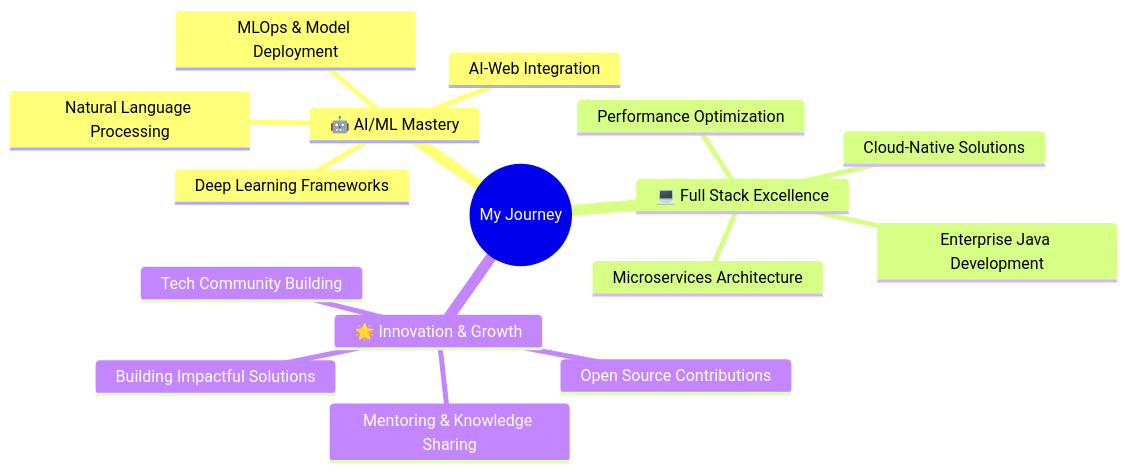
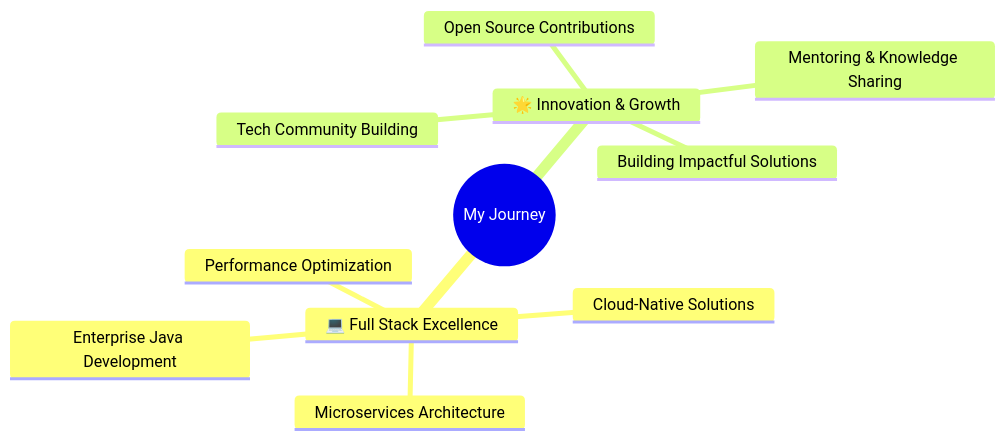
The diagram in README.md (AdityaKotnala2004/adityakotnala2004), drawn with Mermaid before and after one commit.

Commit message:
Update mindmap in README to remove AI/ML topics
Removed AI/ML topics from the mindmap section.

````diff
--- a/README.md
+++ b/README.md
@@ -92,19 +92,14 @@
 ```mermaid
 mindmap
   root((My Journey))
-    🤖 AI/ML Mastery
-      Deep Learning Frameworks
-      MLOps & Model Deployment
-      AI-Web Integration
-      Natural Language Processing
     💻 Full Stack Excellence
       Enterprise Java Development
       Microservices Architecture
       Cloud-Native Solutions
       Performance Optimization
     🌟 Innovation & Growth
       Open Source Contributions
       Tech Community Building
       Mentoring & Knowledge Sharing
       Building Impactful Solutions
 ```
````
